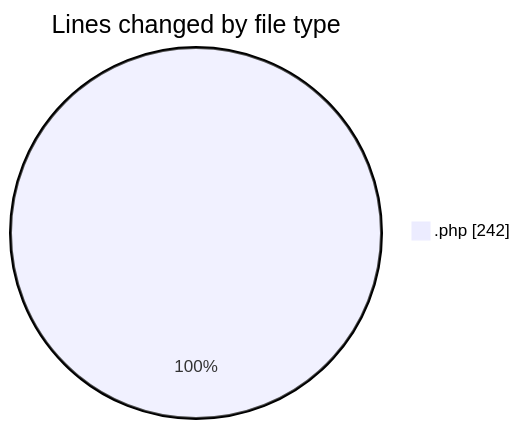
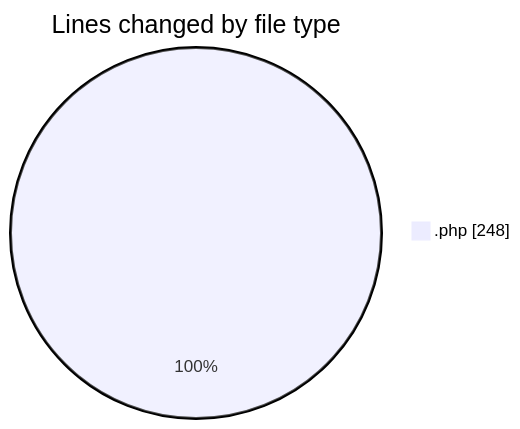
One commit to LanceThiago/code-tracking changed the first of 2 diagrams in 2026-08-31/web/README.md. Above: the diagram before and after it, drawn with Mermaid. The commit also changed other lines of this file and 1 other file, not shown here.

````diff
--- a/2026-08-31/web/README.md
+++ b/2026-08-31/web/README.md
@@ -22,5 +22,5 @@
 ```mermaid
 pie showData
 title Lines changed by file type
-".php" : 242
+".php" : 248
 ```
````
